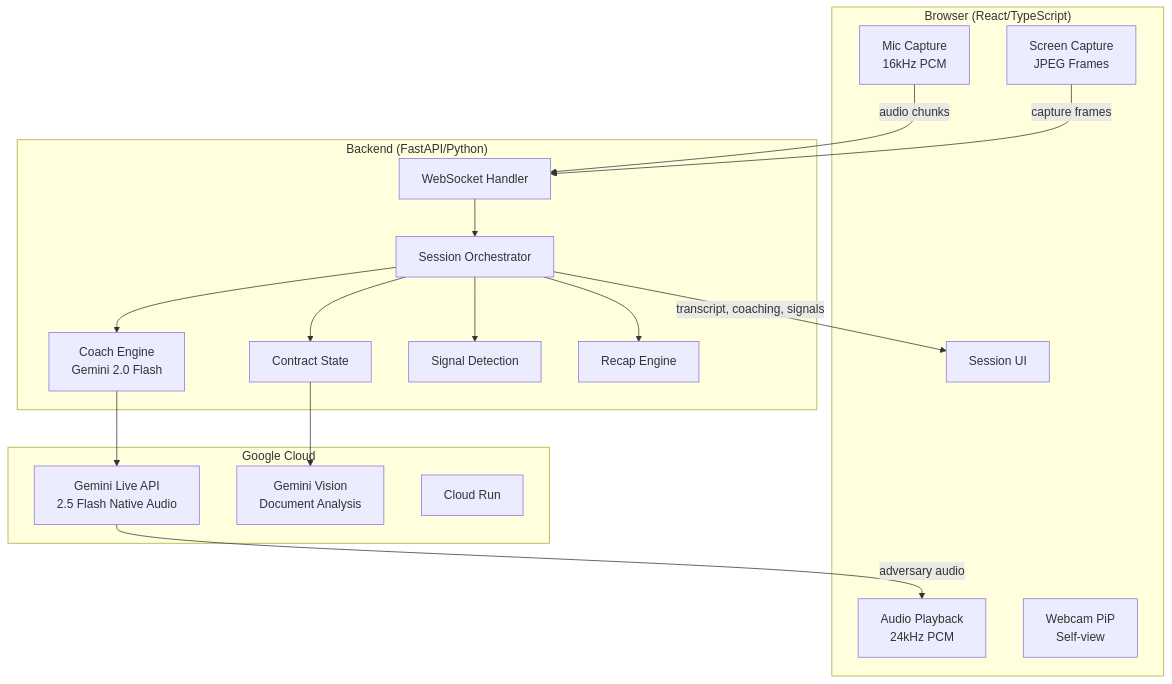
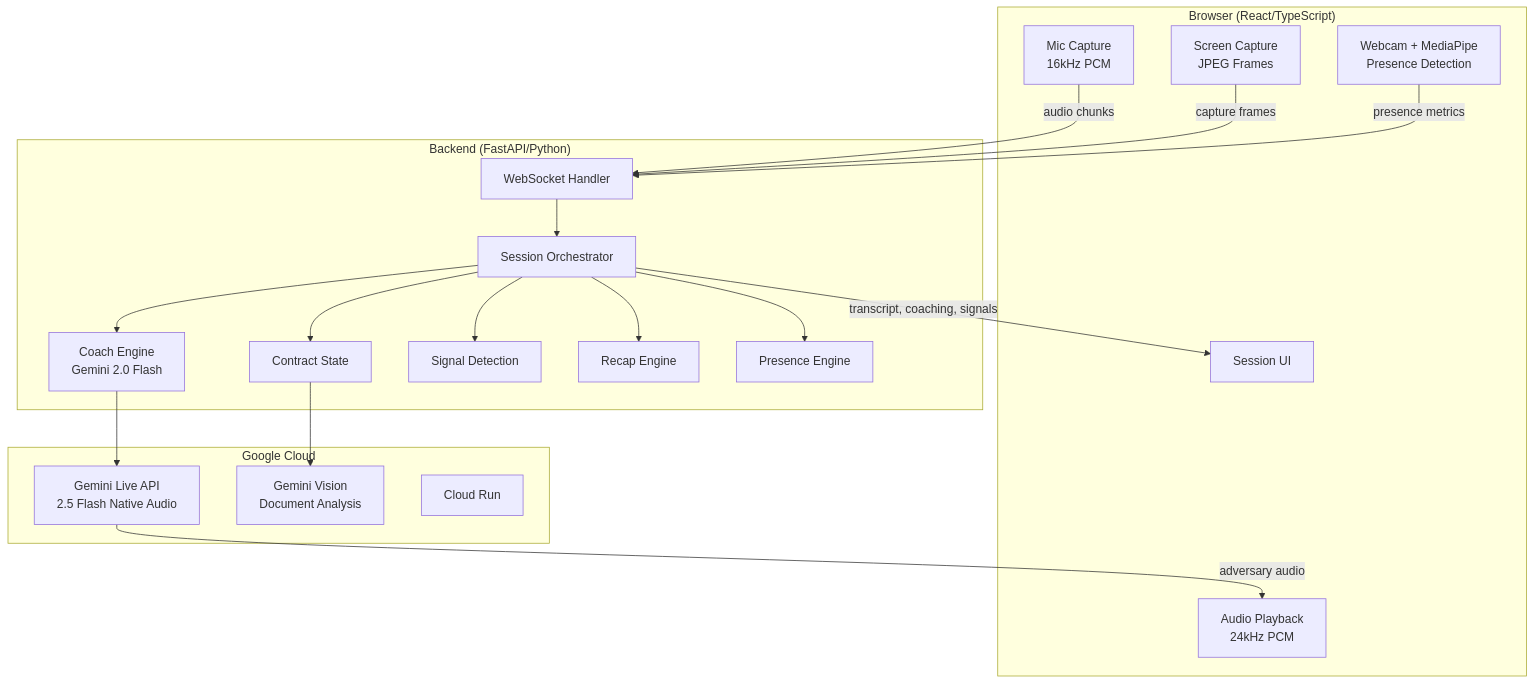
The first of 6 diagrams in AGENTS.md (mmoussaif/devpost-google), drawn with Mermaid before and after one commit. The commit also changed other lines of this file and 9 other files, not shown here.

First line of the commit message:
Add MediaPipe presence detection for real-time visual analysis

````diff
--- a/AGENTS.md
+++ b/AGENTS.md
@@ -16,37 +17,40 @@
 ```mermaid
 flowchart TB
     subgraph Browser["Browser (React/TypeScript)"]
         UI[Session UI]
         Audio[Mic Capture<br/>16kHz PCM]
         Playback[Audio Playback<br/>24kHz PCM]
         Screen[Screen Capture<br/>JPEG Frames]
-        Camera[Webcam PiP<br/>Self-view]
+        Camera[Webcam + MediaPipe<br/>Presence Detection]
     end
 
     subgraph Backend["Backend (FastAPI/Python)"]
         WS[WebSocket Handler]
         Orchestrator[Session Orchestrator]
         Coach[Coach Engine<br/>Gemini 2.0 Flash]
         Contract[Contract State]
         Signals[Signal Detection]
         Recap[Recap Engine]
+        Presence[Presence Engine]
     end
 
     subgraph Google["Google Cloud"]
         Live[Gemini Live API<br/>2.5 Flash Native Audio]
         Vision[Gemini Vision<br/>Document Analysis]
         Run[Cloud Run]
     end
 
     Audio -->|audio chunks| WS
     Screen -->|capture frames| WS
+    Camera -->|presence metrics| WS
     WS --> Orchestrator
     Orchestrator --> Coach
     Orchestrator --> Contract
     Orchestrator --> Signals
+    Orchestrator --> Presence
     Coach --> Live
     Contract --> Vision
     Orchestrator -->|transcript, coaching, signals| UI
     Live -->|adversary audio| Playback
     Orchestrator --> Recap
 ```
````
